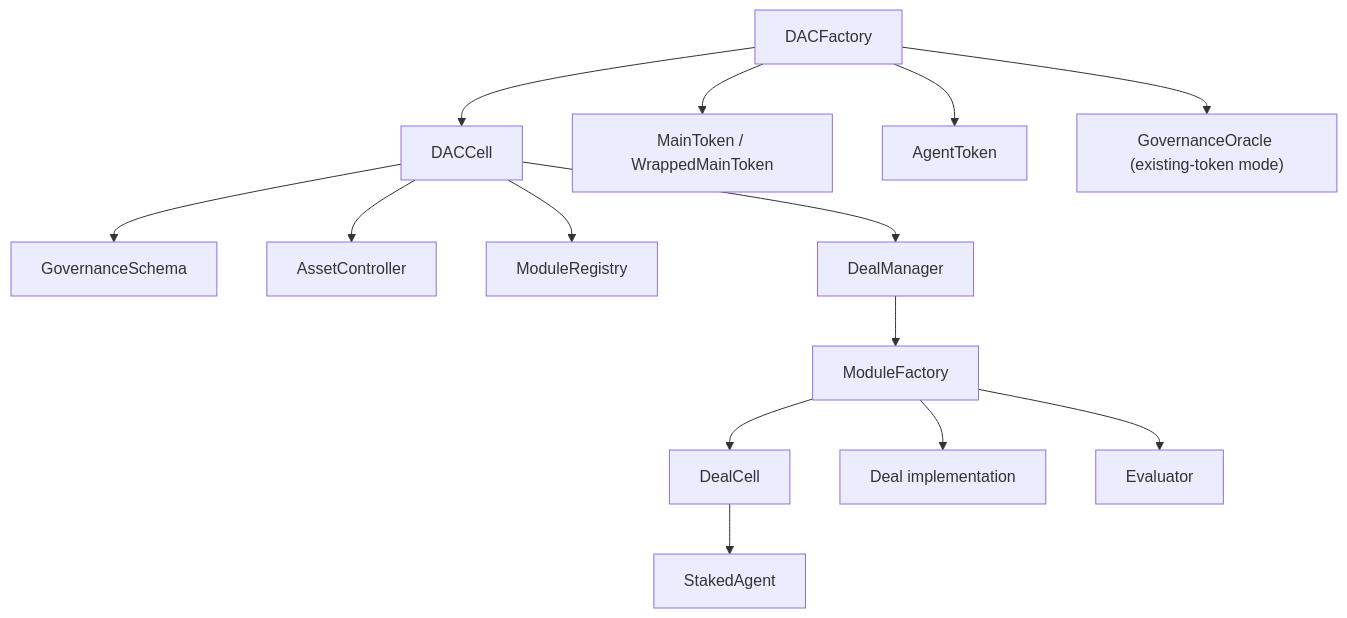
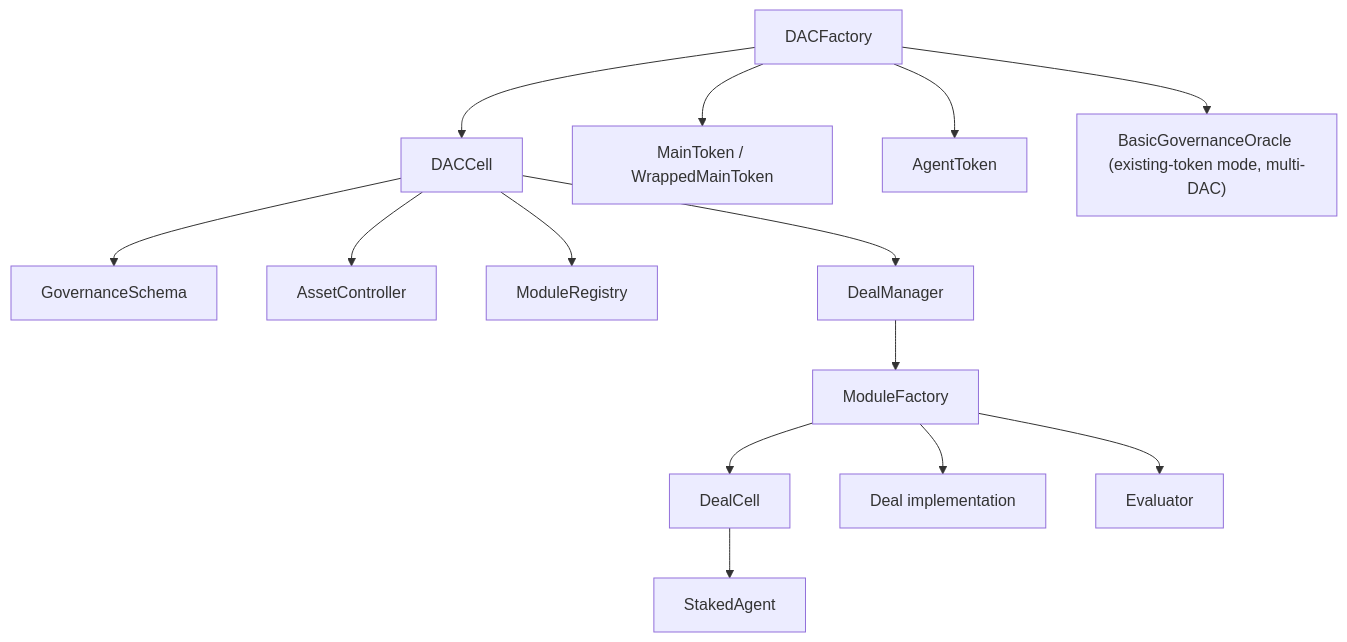
Before and after one commit to DAC-cloud/dac-cloud-contracts: the diagram in docs/contracts.md, drawn with Mermaid. The commit also changed other lines of this file and 8 other files, not shown here.

````diff
--- a/docs/contracts.md
+++ b/docs/contracts.md
@@ -9,19 +9,19 @@
 ```mermaid
 flowchart TB
     Factory["DACFactory"] --> Cell["DACCell"]
     Factory --> Main["MainToken / WrappedMainToken"]
     Factory --> Agent["AgentToken"]
-    Factory --> Oracle["GovernanceOracle (existing-token mode)"]
+    Factory --> Oracle["BasicGovernanceOracle (existing-token mode, multi-DAC)"]
 
     Cell --> Schema["GovernanceSchema"]
     Cell --> Assets["AssetController"]
     Cell --> Modules["ModuleRegistry"]
     Cell --> Manager["DealManager"]
 
     Manager --> Module["ModuleFactory"]
     Module --> DealCell["DealCell"]
     Module --> Deal["Deal implementation"]
     Module --> Evaluator["Evaluator"]
 
     DealCell --> Stake["StakedAgent"]
 ```
````
